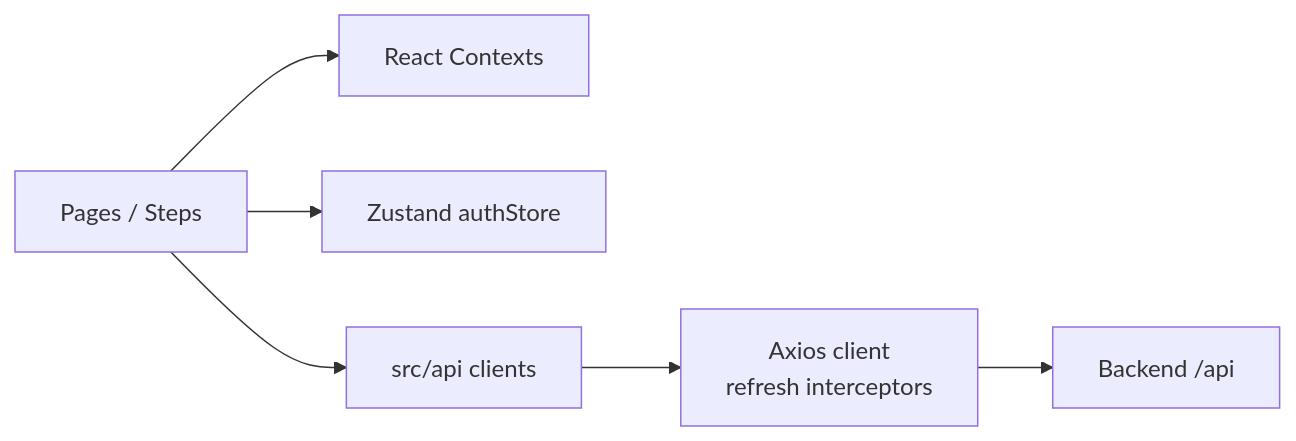
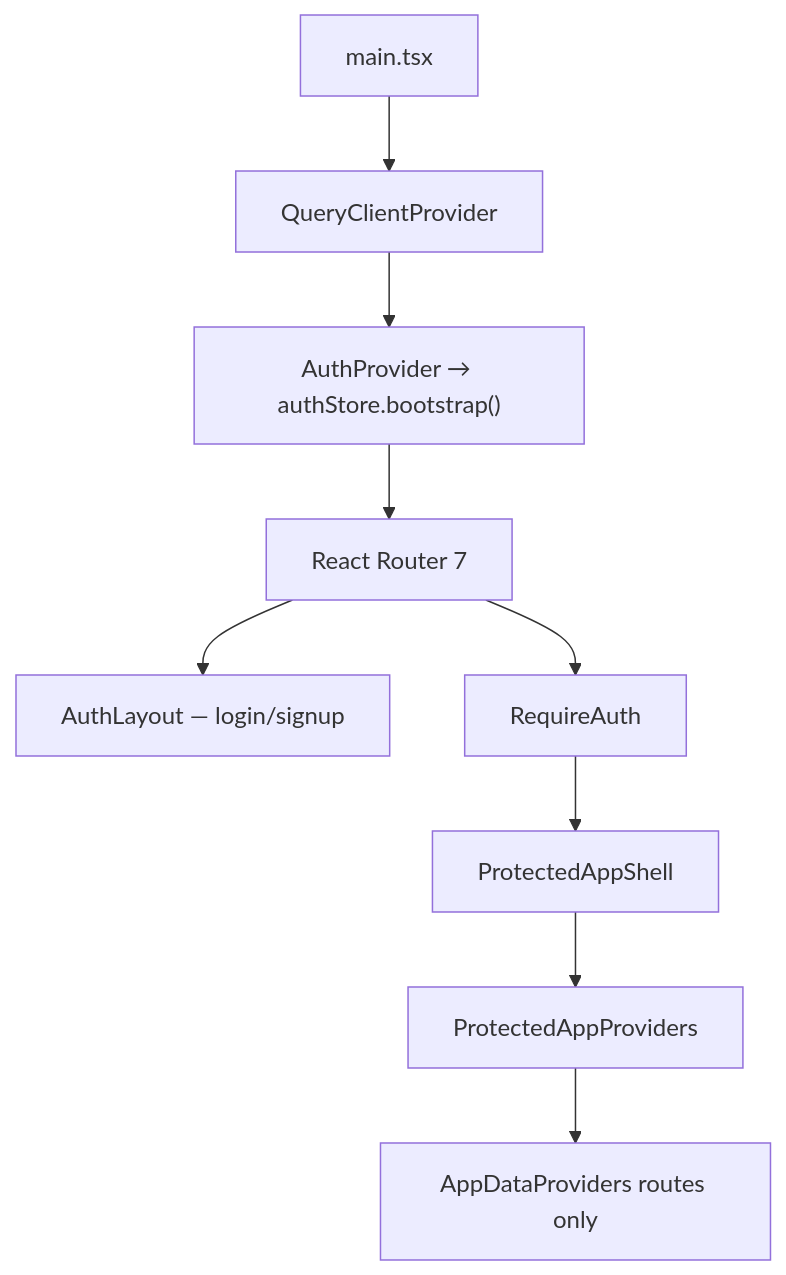
The third of 9 diagrams in ARCHITECTURE.md (MetaForge-IT/BillVyapp-Production), drawn with Mermaid before and after one commit. The commit also changed other lines of this file and 119 other files, not shown here.

````diff
--- a/ARCHITECTURE.md
+++ b/ARCHITECTURE.md
@@ -181,8 +225,11 @@
 ```mermaid
-flowchart LR
-  Pages["Pages / Steps"] --> Contexts["React Contexts"]
-  Pages --> Stores["Zustand authStore"]
-  Pages --> ApiMods["src/api clients"]
-  ApiMods --> Axios["Axios client<br/>refresh interceptors"]
-  Axios --> BackendAPI["Backend /api"]
+flowchart TB
+  main["main.tsx"] --> QC["QueryClientProvider"]
+  QC --> Auth["AuthProvider → authStore.bootstrap()"]
+  Auth --> Router["React Router 7"]
+  Router --> Public["AuthLayout — login/signup"]
+  Router --> Protected["RequireAuth"]
+  Protected --> Shell["ProtectedAppShell"]
+  Shell --> ShellProviders["ProtectedAppProviders"]
+  ShellProviders --> DataRoutes["AppDataProviders routes only"]
 ```
````
